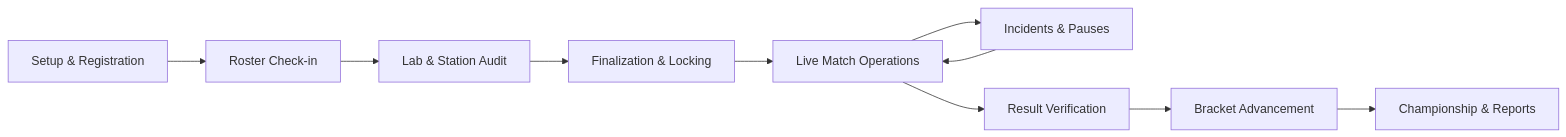
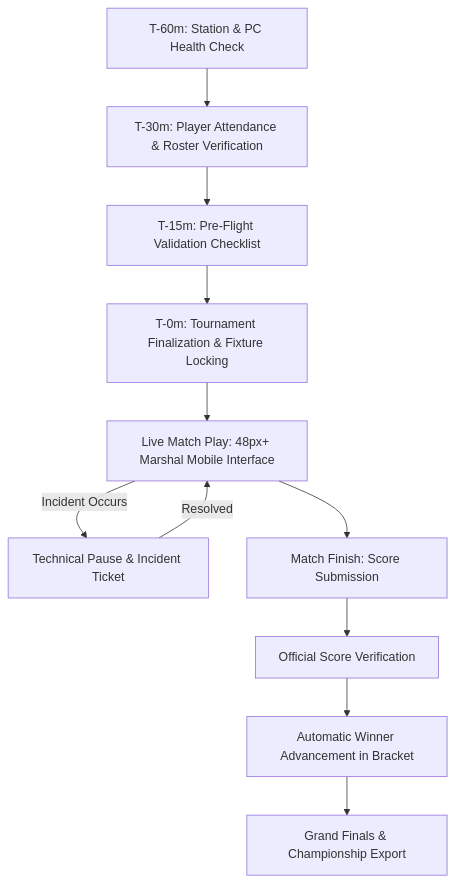
One commit to MasterZ1311/Valorant-Tourney-Ops changed the diagram in docs/OPERATIONS.md. Above: the diagram before and after it, drawn with Mermaid. The commit also changed other lines of this file and 5 other files, not shown here.

Commit message:
docs: enrich architecture, roadmap workstreams, scheduling, and operations SOPs

````diff
--- a/docs/OPERATIONS.md
+++ b/docs/OPERATIONS.md
@@ -5,12 +5,13 @@
 ```mermaid
-graph LR
-    A[Setup & Registration] --> B[Roster Check-in]
-    B --> C[Lab & Station Audit]
-    C --> D[Finalization & Locking]
-    D --> E[Live Match Operations]
-    E --> F[Incidents & Pauses]
-    F --> E
-    E --> G[Result Verification]
-    G --> H[Bracket Advancement]
-    H --> I[Championship & Reports]
+graph TD
+    T0[T-60m: Station & PC Health Check] --> T1[T-30m: Player Attendance & Roster Verification]
+    T1 --> T2[T-15m: Pre-Flight Validation Checklist]
+    T2 --> T3[T-0m: Tournament Finalization & Fixture Locking]
+    T3 --> T4[Live Match Play: 48px+ Marshal Mobile Interface]
+    T4 -->|Incident Occurs| T5[Technical Pause & Incident Ticket]
+    T5 -->|Resolved| T4
+    T4 --> T6[Match Finish: Score Submission]
+    T6 --> T7[Official Score Verification]
+    T7 --> T8[Automatic Winner Advancement in Bracket]
+    T8 --> T9[Grand Finals & Championship Export]
 ```
````
